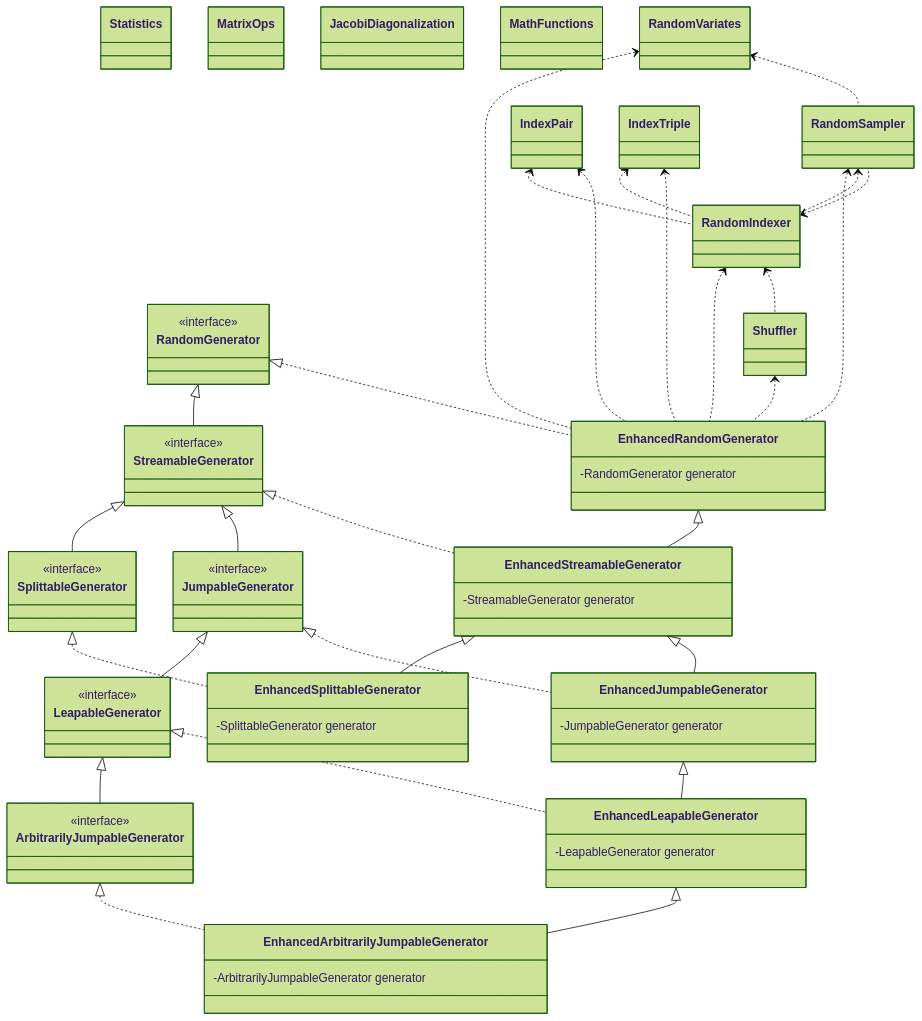
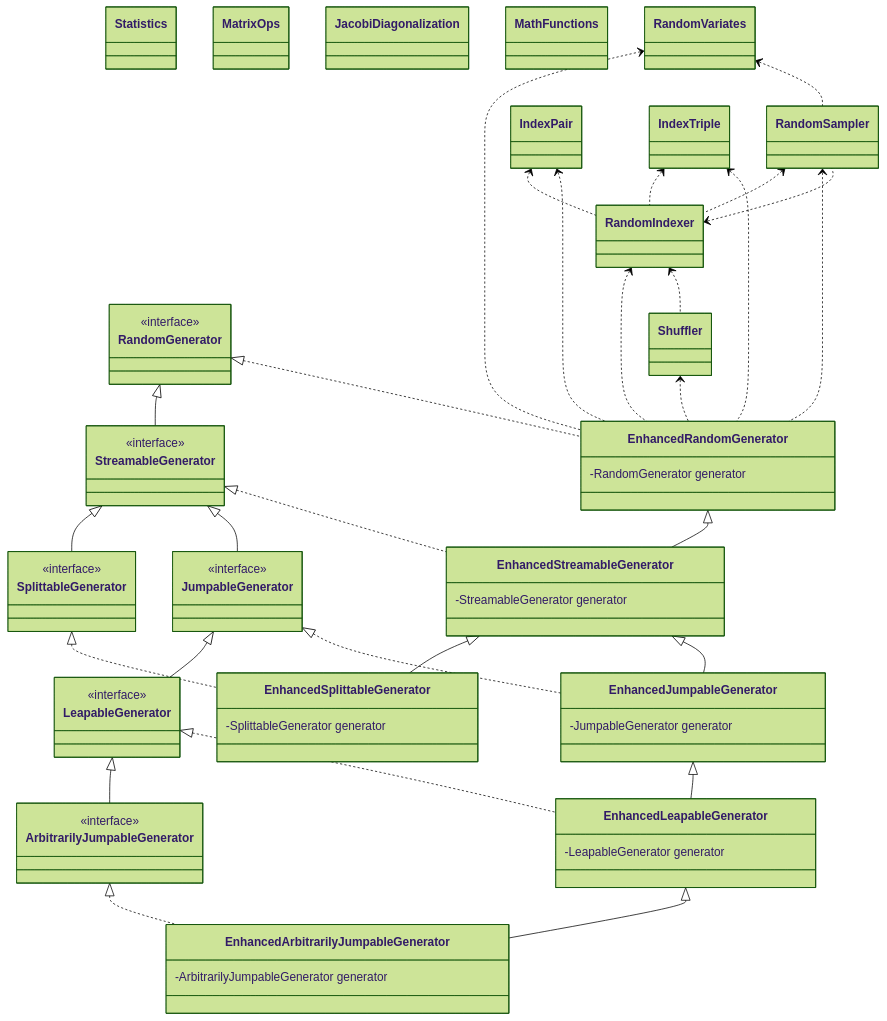
Before and after one commit to cicirello/rho-mu: the diagram in README.md, drawn with Mermaid (forest theme). The commit also changed other lines of this file, not shown here.

Commit message:
update UML mermaid diagram

```diff
--- a/README.md
+++ b/README.md
@@ -112,11 +112,11 @@
   EnhancedRandomGenerator : -RandomGenerator generator
   RandomGenerator <|.. EnhancedRandomGenerator
   class RandomSampler
-  RandomSampler <.. EnhancedRandomGenerator
   class RandomIndexer
   RandomIndexer <.. EnhancedRandomGenerator
   RandomIndexer <.. RandomSampler
   RandomSampler <.. RandomIndexer
+  RandomSampler <.. EnhancedRandomGenerator
   class Shuffler
   RandomIndexer <.. Shuffler
   Shuffler <.. EnhancedRandomGenerator
```
